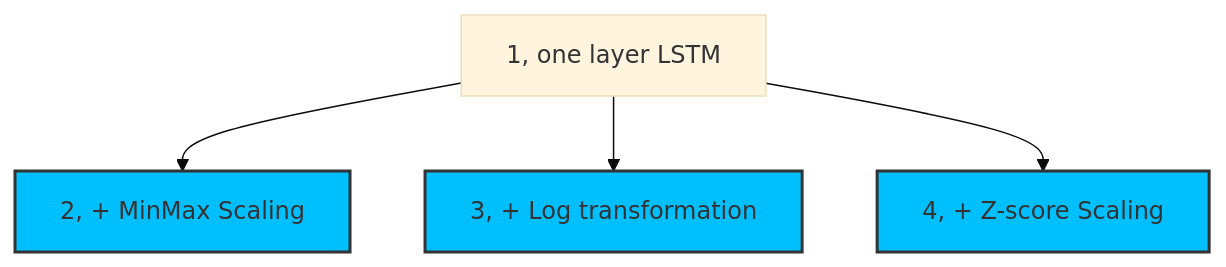
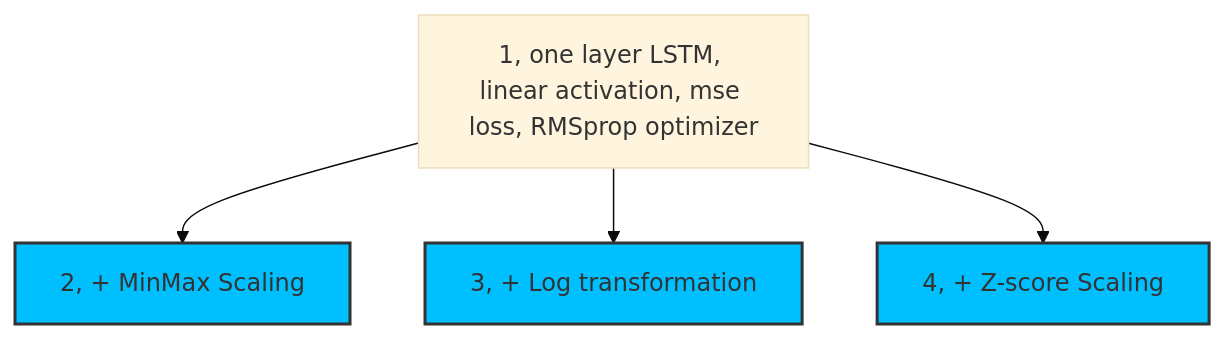
One commit to zihaozeng0021/currency-exchange-rate-forecasting changed the diagram in src/models/LSTM/LSTM_regressor/experiment_hierarchy.md. Above: the diagram before and after it, drawn with Mermaid (base theme). The commit also changed 7 other files, not shown here.

Commit message:
Experiment on different activation functions for LSTM classifier

````diff
--- a/src/models/LSTM/LSTM_regressor/experiment_hierarchy.md
+++ b/src/models/LSTM/LSTM_regressor/experiment_hierarchy.md
@@ -1,12 +1,12 @@
 ```mermaid
 graph TD
-    1[1, one layer LSTM] --> 2[2, + MinMax Scaling]
+    1[1, one layer LSTM, linear activation, mse loss, RMSprop optimizer] --> 2[2, + MinMax Scaling]
     1 --> 3[3, + Log transformation]
     1 --> 4[4, + Z-score Scaling]
     
     
     
     classDef brightBlue fill:#00BFFF,stroke:#333,stroke-width:2px;
     class 2,3,4 brightBlue;
     
 ```
````
